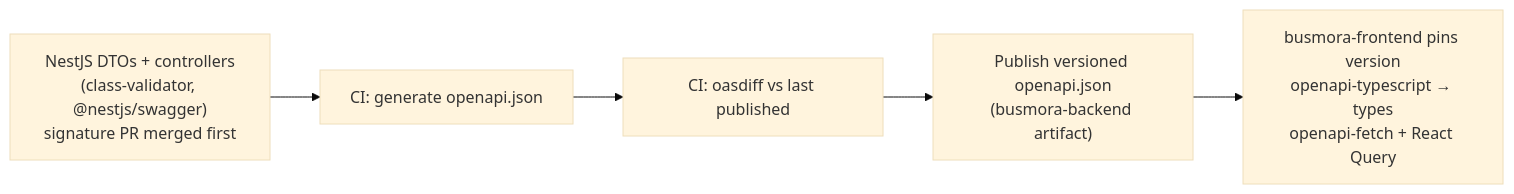
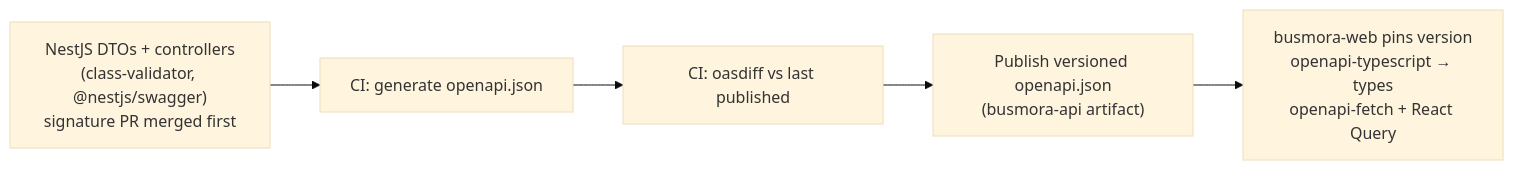
One commit to mohamed-hossam1/busmora-docs changed diagram 16 of 16 in core/SYSTEM-ARCHITECTURE.md. Above: the diagram before and after it, drawn with Mermaid (base theme). The commit also changed other lines of this file and 23 other files, not shown here.

First line of the commit message:
docs(planning,core): align architecture and planning with 4-repo layout and approved execution contract

````diff
--- a/core/SYSTEM-ARCHITECTURE.md
+++ b/core/SYSTEM-ARCHITECTURE.md
@@ -833,7 +833,7 @@
 ```mermaid
 flowchart LR
   DTO["NestJS DTOs + controllers<br/>(class-validator, @nestjs/swagger)<br/>signature PR merged first"] --> GEN["CI: generate openapi.json"]
   GEN --> DIFF["CI: oasdiff vs last published"]
-  DIFF --> PUBL["Publish versioned openapi.json<br/>(busmora-backend artifact)"]
-  PUBL --> FE["busmora-frontend pins version<br/>openapi-typescript → types<br/>openapi-fetch + React Query"]
+  DIFF --> PUBL["Publish versioned openapi.json<br/>(busmora-api artifact)"]
+  PUBL --> FE["busmora-web pins version<br/>openapi-typescript → types<br/>openapi-fetch + React Query"]
 ```
````
